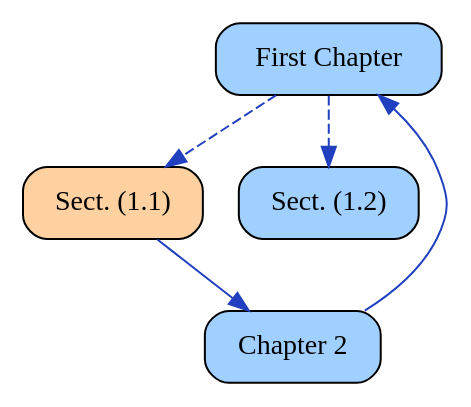
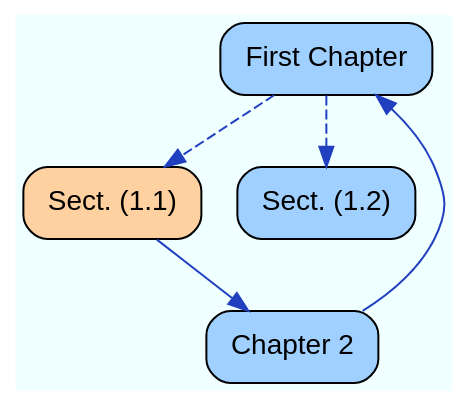
The second of 2 diagrams in README.md (mastersign/mdgraphextract), drawn with Graphviz before and after one commit. The commit also changed 1 other file, not shown here.

Commit message:
updated dotex example output

````diff
--- a/README.md
+++ b/README.md
@@ -91,13 +91,16 @@
 ```DOT
 digraph "MyGraph" {
-    fontname=Helvetica;
-    "First Chapter" [fillcolor="#A0D0FF" shape=rect style="filled, rounded" URL="#first-chapter"];
-    "First Chapter" -> "Section 1.1" [color="#2040C0" style=dashed];
-    "First Chapter" -> "Section 1.2" [color="#2040C0" style=dashed];
-    "Section 1.1" [fillcolor="#FFD0A0" label="Sect. (1.1)" shape=rect style="filled, rounded" URL="#section-1.1"];
-    "Section 1.1" -> "Second Chapter" [color="#2040C0"];
-    "Section 1.2" [fillcolor="#A0D0FF" label="Sect. (1.2)" shape=rect style="filled, rounded" URL="#section-1.2"];
-    "Second Chapter" [fillcolor="#A0D0FF" label="Chapter 2" shape=rect style="filled, rounded"];
-    "Second Chapter" -> "First Chapter" [color="#2040C0"];
+    bgcolor=azure;
+    node [fontname=Helvetica];
+    node [fillcolor="#A0D0FF" shape=rect style="filled, rounded"];
+    edge [color="#2040C0"];
+    "First Chapter" [URL="#first-chapter"];
+    "First Chapter" -> "Section 1.1" [style=dashed];
+    "First Chapter" -> "Section 1.2" [style=dashed];
+    "Section 1.1" [fillcolor="#FFD0A0" label="Sect. (1.1)" URL="#section-1.1"];
+    "Section 1.1" -> "Second Chapter";
+    "Section 1.2" [label="Sect. (1.2)" URL="#section-1.2"];
+    "Second Chapter" [label="Chapter 2"];
+    "Second Chapter" -> "First Chapter";
 }
 ```
````
